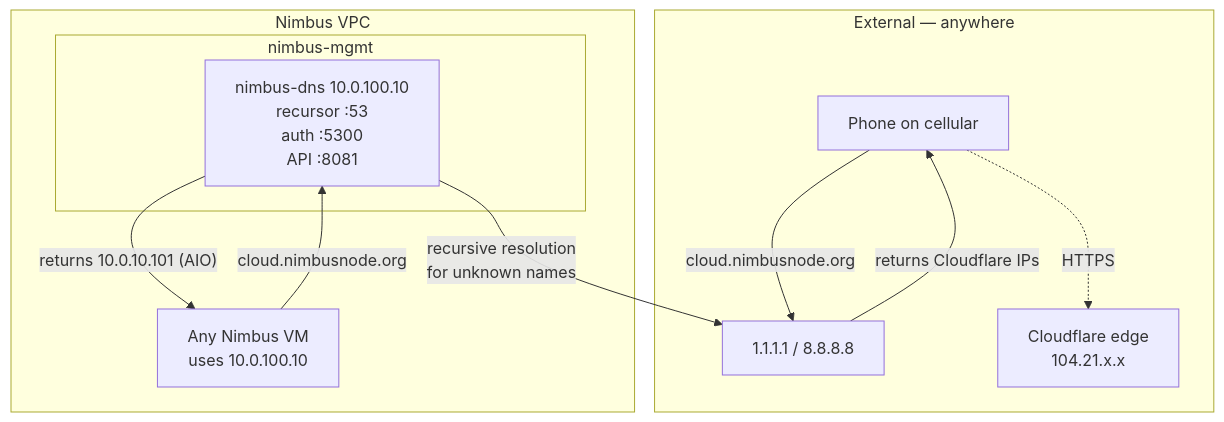
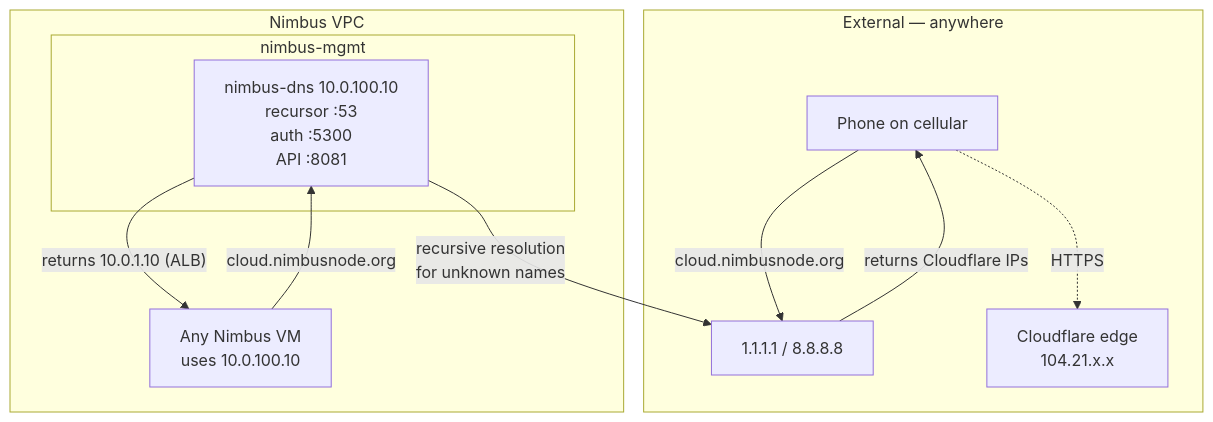
The diagram in docs/phases/phase-3-dns.md (bkampomah/nimbus-infra), drawn with Mermaid before and after one commit. The commit also changed other lines of this file and 30 other files, not shown here.

````diff
--- a/docs/phases/phase-3-dns.md
+++ b/docs/phases/phase-3-dns.md
@@ -27,24 +33,24 @@
 ```mermaid
 graph TB
     subgraph external [External — anywhere]
         Phone[Phone on cellular]
         ExtResolver[1.1.1.1 / 8.8.8.8]
         CFEdge[Cloudflare edge<br/>104.21.x.x]
     end
 
     subgraph nimbus [Nimbus VPC]
         subgraph mgmt [nimbus-mgmt]
             DNSVM[nimbus-dns 10.0.100.10<br/>recursor :53<br/>auth :5300<br/>API :8081]
         end
         VPCClient[Any Nimbus VM<br/>uses 10.0.100.10]
     end
 
     Phone -- "cloud.nimbusnode.org" --> ExtResolver
     ExtResolver -- "returns Cloudflare IPs" --> Phone
     Phone -. "HTTPS" .-> CFEdge
 
     VPCClient -- "cloud.nimbusnode.org" --> DNSVM
-    DNSVM -- "returns 10.0.10.101 (AIO)" --> VPCClient
+    DNSVM -- "returns 10.0.1.10 (ALB)" --> VPCClient
 
     DNSVM -- "recursive resolution<br/>for unknown names" --> ExtResolver
 ```
````
